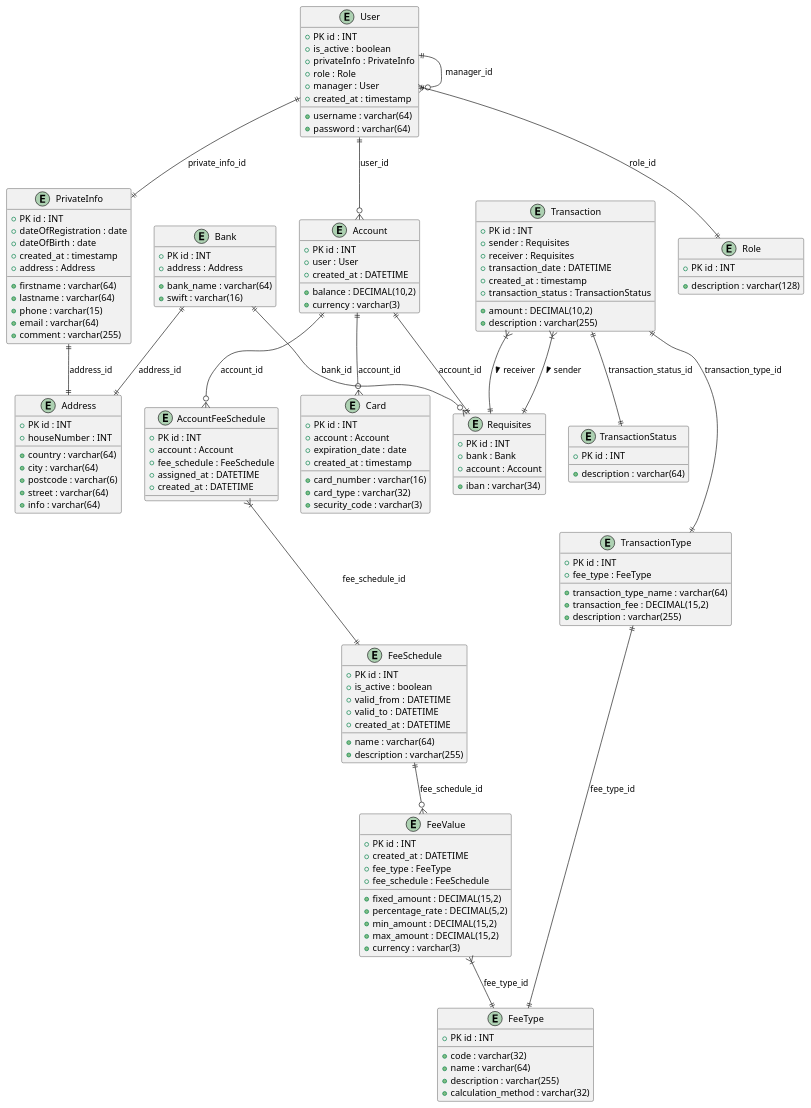
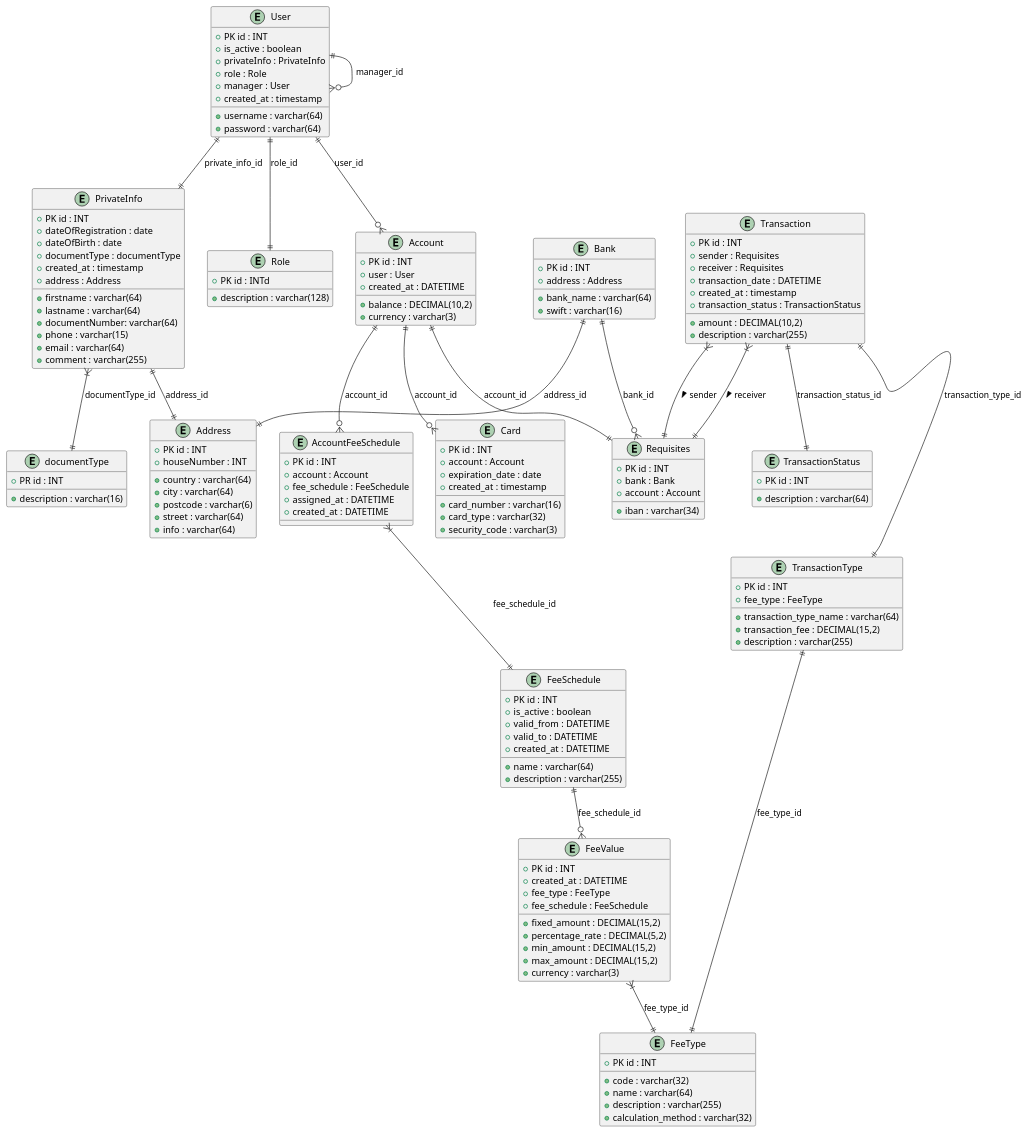
Before and after one commit to jolivuk/ProjectBankSystem: the diagram in src/Diagram.puml, drawn with PlantUML. The commit also changed 6 other files, not shown here.

Commit message:
Entities User, PrivateInfo, Address and enums Role, DocumentType were added

```diff
--- a/src/Diagram.puml
+++ b/src/Diagram.puml
@@ -1,172 +1,180 @@
 @startuml
 
 
 ' Домен управления пользователями
 entity User {
    + PK id : INT
    + username : varchar(64)
    + password : varchar(64)
    + is_active : boolean
    + privateInfo : PrivateInfo
    + role : Role
    + manager : User
    + created_at : timestamp
 
 }
 
 entity PrivateInfo {
    + PK id : INT
    + firstname : varchar(64)
    + lastname : varchar(64)
    + dateOfRegistration : date
    + dateOfBirth : date
+   + documentType : documentType
+   + documentNumber: varchar(64)
    + phone : varchar(15)
    + email : varchar(64)
    + comment : varchar(255)
    + created_at : timestamp
    + address : Address
+}
+
+entity documentType{
+    + PR id : INT
+    + description : varchar(16)
 }
 
 entity Address {
    + PK id : INT
    + country : varchar(64)
    + city : varchar(64)
    + postcode : varchar(6)
    + street : varchar(64)
    + houseNumber : INT
    + info : varchar(64)
 }
 
 entity Role {
-   + PK id : INT
+   + PK id : INTd
    + description : varchar(128)
 }
 
 ' Домен счетов
 entity Account {
    + PK id : INT
    + user : User
    + balance : DECIMAL(10,2)
    + currency : varchar(3)
    + created_at : DATETIME
 }
 
 
 
 ' Домен комиссий
 entity FeeSchedule {
    + PK id : INT
    + name : varchar(64)
    + description : varchar(255)
    + is_active : boolean
    + valid_from : DATETIME
    + valid_to : DATETIME
    + created_at : DATETIME
 }
 
 entity FeeType {
    + PK id : INT
    + code : varchar(32)
    + name : varchar(64)
    + description : varchar(255)
    + calculation_method : varchar(32)
 }
 
 entity FeeValue {
    + PK id : INT
    + fixed_amount : DECIMAL(15,2)
    + percentage_rate : DECIMAL(5,2)
    + min_amount : DECIMAL(15,2)
    + max_amount : DECIMAL(15,2)
    + currency : varchar(3)
    + created_at : DATETIME
     + fee_type : FeeType
    + fee_schedule : FeeSchedule
 }
 
 entity AccountFeeSchedule {
    + PK id : INT
    + account : Account
    + fee_schedule : FeeSchedule
    + assigned_at : DATETIME
    + created_at : DATETIME
 }
 
 ' Домен транзакций
 entity Transaction {
    + PK id : INT
    + sender : Requisites
    + receiver : Requisites
    + amount : DECIMAL(10,2)
    + description : varchar(255)
    + transaction_date : DATETIME
    + created_at : timestamp
    + transaction_status : TransactionStatus
 }
 
 entity TransactionStatus {
    + PK id : INT
    + description : varchar(64)
 }
 
 entity TransactionType {
    + PK id : INT
    + fee_type : FeeType
    + transaction_type_name : varchar(64)
    + transaction_fee : DECIMAL(15,2)
    + description : varchar(255)
 }
 
 ' Домен карт и банков
 entity Card {
    + PK id : INT
    + account : Account
    + card_number : varchar(16)
    + card_type : varchar(32)
    + expiration_date : date
    + security_code : varchar(3)
    + created_at : timestamp
 }
 
 entity Bank {
    + PK id : INT
    + address : Address
    + bank_name : varchar(64)
    + swift : varchar(16)
 }
 
 entity Requisites {
    + PK id : INT
    + bank : Bank
    + account : Account
    + iban : varchar(34)
 }
 
 
 ' Связи базового домена
 User ||--|| PrivateInfo : private_info_id
 User ||--|| Role : role_id
 User ||--o{ User : manager_id
 User ||--o{ Account : user_id
 PrivateInfo ||--|| Address : address_id
+PrivateInfo }|--|| documentType : documentType_id
 Account ||--o{ Card : account_id
 Account ||--|| Requisites : account_id
 
 ' Связи транзакционного домена
 Transaction }|--|| Requisites : sender >
 Transaction }|--|| Requisites : receiver >
 Transaction ||--|| TransactionStatus : transaction_status_id
 Transaction ||--|| TransactionType : transaction_type_id
 
 ' Связи банковского домена
 Bank ||--o{ Requisites : bank_id
 Bank ||--|| Address : address_id
 
 ' Связи домена комиссий
 Account ||--o{ AccountFeeSchedule : account_id
 AccountFeeSchedule }|--|| FeeSchedule : fee_schedule_id
 FeeSchedule ||--o{ FeeValue : fee_schedule_id
 FeeValue }|--|| FeeType : fee_type_id
 TransactionType ||--|| FeeType : fee_type_id
 
 @enduml
```
